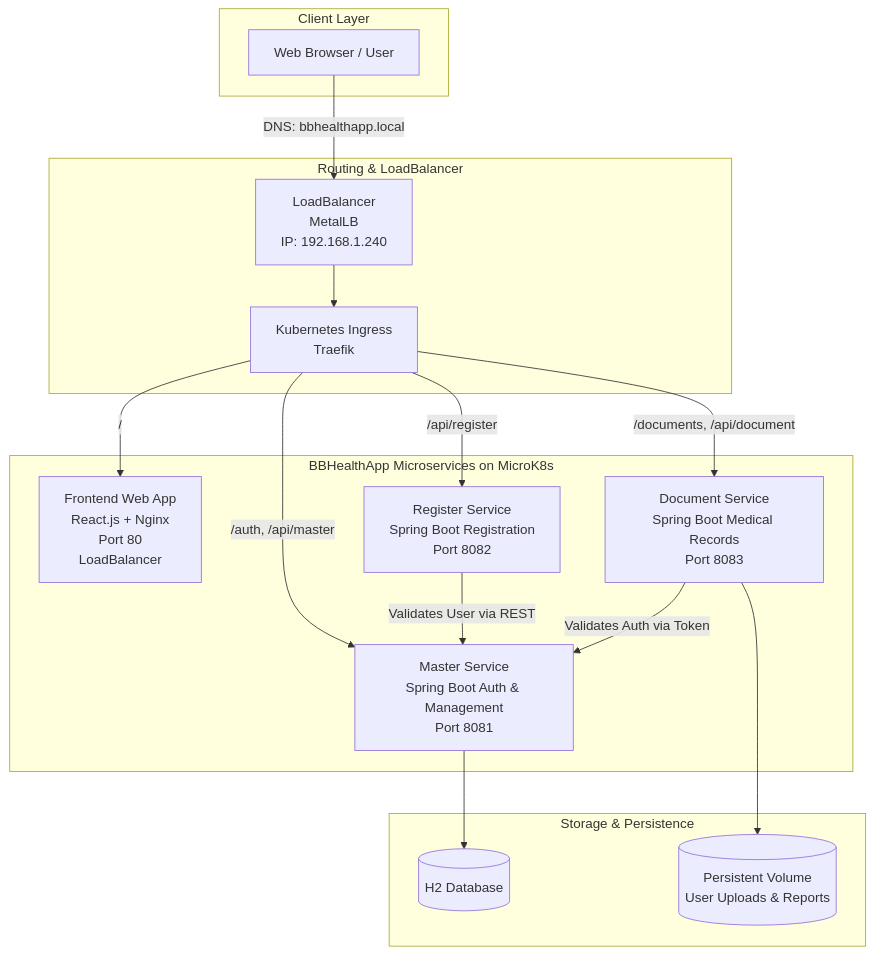
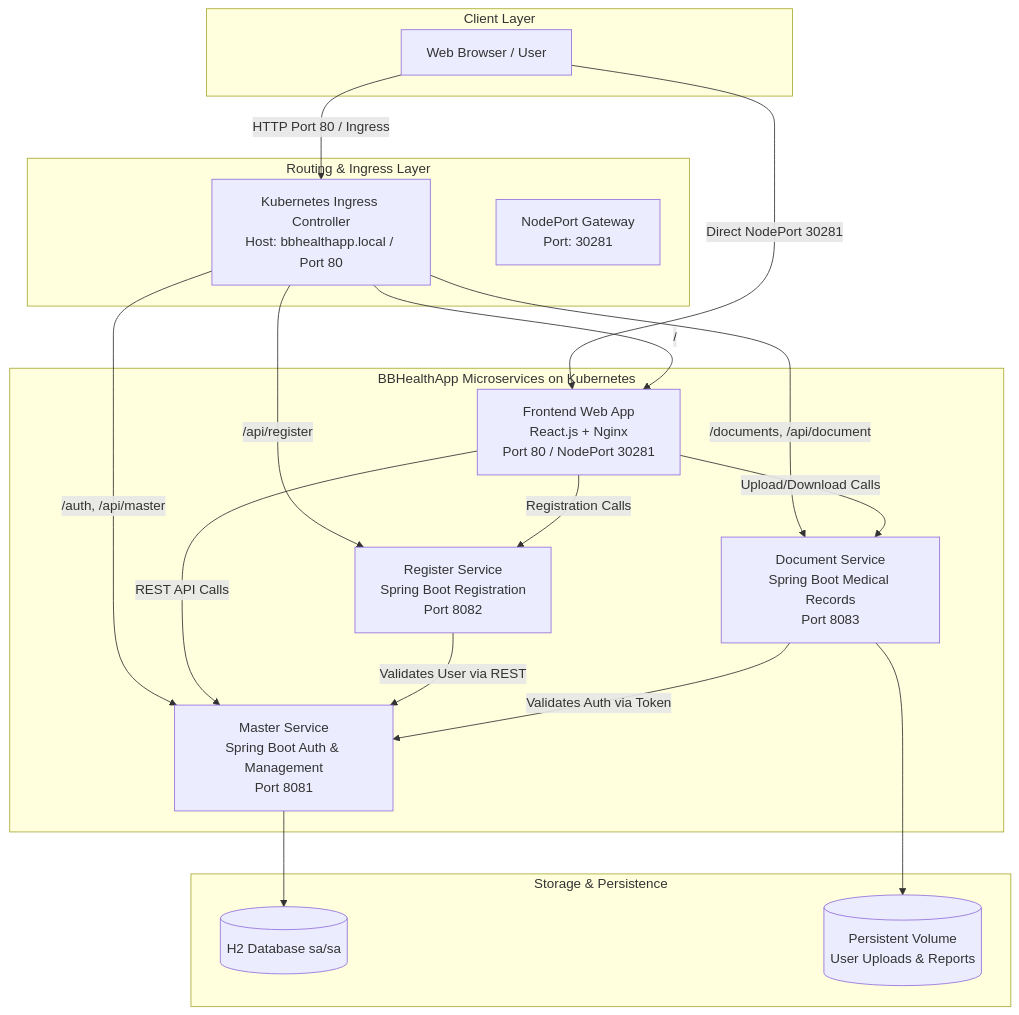
One commit to Ajit-Swami/BBHealthApp changed the diagram in README.md. Above: the diagram before and after it, drawn with Mermaid. The commit also changed other lines of this file, not shown here.

````diff
--- a/README.md
+++ b/README.md
@@ -15,35 +15,39 @@
 ```mermaid
 flowchart TB
     subgraph Clients [Client Layer]
         Browser[Web Browser / User]
     end
 
-    subgraph IngressLayer [Routing & LoadBalancer]
-        Ingress[Kubernetes Ingress\nTraefik]
-        LB[LoadBalancer\nMetalLB\nIP: 192.168.1.240]
+    subgraph IngressLayer [Routing & Ingress Layer]
+        Ingress[Kubernetes Ingress Controller\nHost: bbhealthapp.local / Port 80]
+        NodePort[NodePort Gateway\nPort: 30281]
     end
 
-    subgraph AppCluster [BBHealthApp Microservices on MicroK8s]
-        Frontend[Frontend Web App\nReact.js + Nginx\nPort 80\nLoadBalancer]
+    subgraph AppCluster [BBHealthApp Microservices on Kubernetes]
+        Frontend[Frontend Web App\nReact.js + Nginx\nPort 80 / NodePort 30281]
         Master[Master Service\nSpring Boot Auth & Management\nPort 8081]
         Register[Register Service\nSpring Boot Registration\nPort 8082]
         Document[Document Service\nSpring Boot Medical Records\nPort 8083]
     end
 
     subgraph DataStorage [Storage & Persistence]
-        H2[(H2 Database)]
+        H2[(H2 Database sa/sa)]
         UploadsPVC[(Persistent Volume\nUser Uploads & Reports)]
     end
 
-    Browser -->|DNS: bbhealthapp.local| LB
-    LB --> Ingress
+    Browser -->|HTTP Port 80 / Ingress| Ingress
+    Browser -->|Direct NodePort 30281| Frontend
     Ingress -->|/| Frontend
     Ingress -->|/auth, /api/master| Master
     Ingress -->|/api/register| Register
     Ingress -->|/documents, /api/document| Document
+
+    Frontend -->|REST API Calls| Master
+    Frontend -->|Registration Calls| Register
+    Frontend -->|Upload/Download Calls| Document
 
     Register -->|Validates User via REST| Master
     Document -->|Validates Auth via Token| Master
     Master --> H2
     Document --> UploadsPVC
 ```
````
